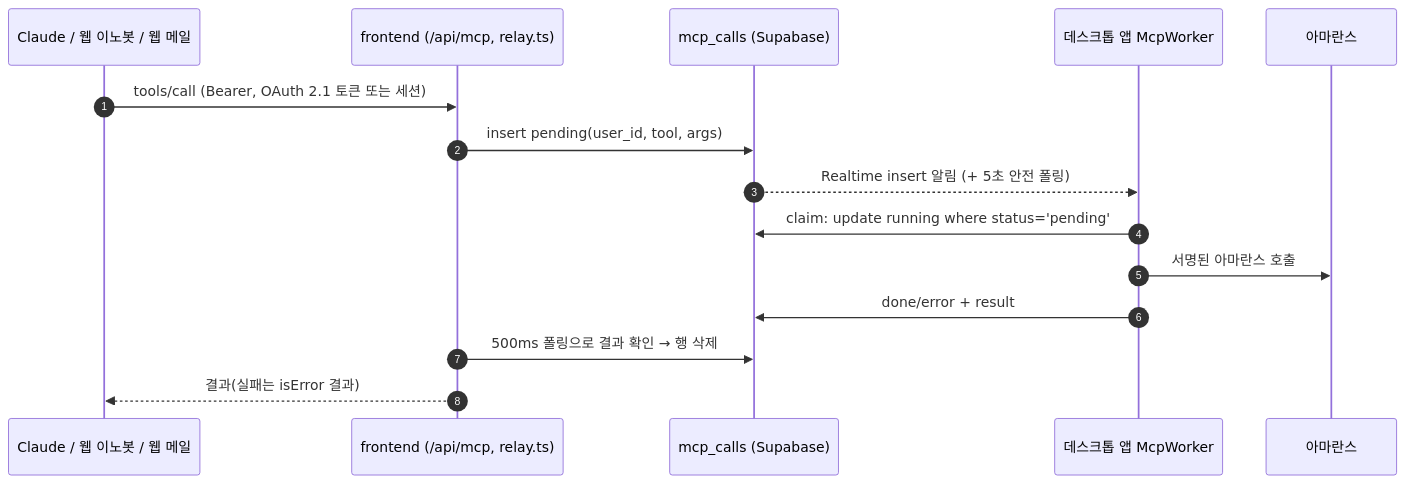
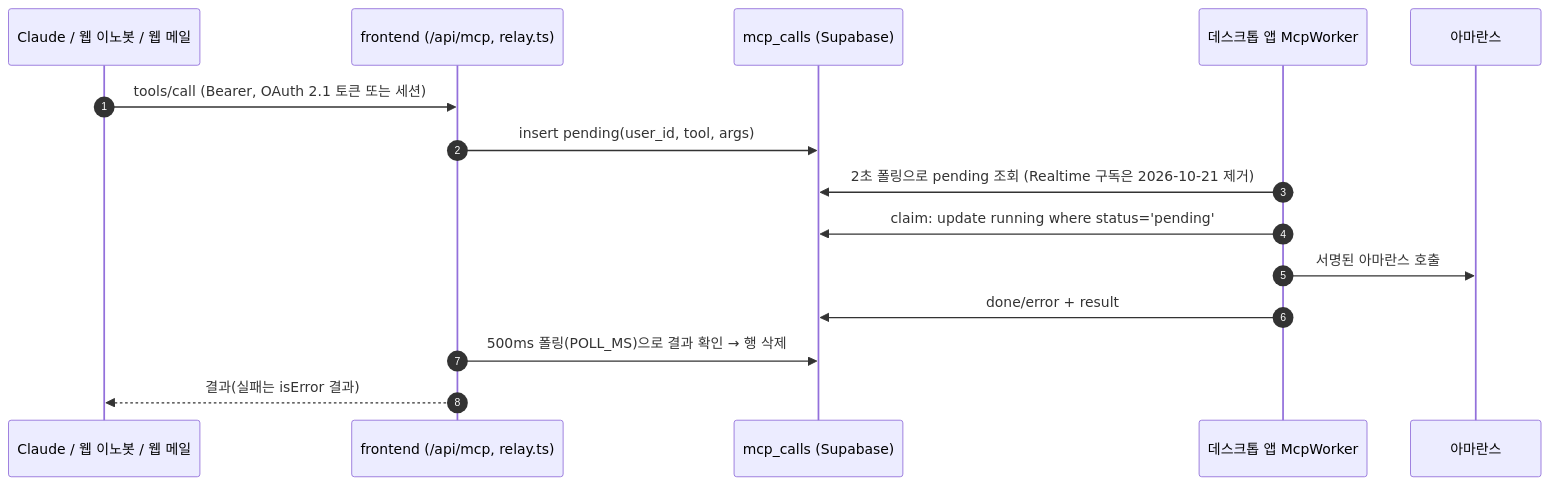
The fifth of 6 diagrams in docs/architecture.md (abraxas73/inje-playground), drawn with Mermaid before and after one commit. The commit also changed other lines of this file and 6 other files, not shown here.

````diff
--- a/docs/architecture.md
+++ b/docs/architecture.md
@@ -544,17 +543,17 @@
 ```mermaid
 sequenceDiagram
   autonumber
   participant CL as Claude / 웹 이노봇 / 웹 메일
   participant API as frontend (/api/mcp, relay.ts)
   participant DB as mcp_calls (Supabase)
   participant D as 데스크톱 앱 McpWorker
   participant GW as 아마란스
   CL->>API: tools/call (Bearer, OAuth 2.1 토큰 또는 세션)
   API->>DB: insert pending(user_id, tool, args)
-  DB-->>D: Realtime insert 알림 (+ 5초 안전 폴링)
+  D->>DB: 2초 폴링으로 pending 조회 (Realtime 구독은 2026-10-21 제거)
   D->>DB: claim: update running where status='pending'
   D->>GW: 서명된 아마란스 호출
   D->>DB: done/error + result
-  API->>DB: 500ms 폴링으로 결과 확인 → 행 삭제
+  API->>DB: 500ms 폴링(POLL_MS)으로 결과 확인 → 행 삭제
   API-->>CL: 결과(실패는 isError 결과)
 ```
````
